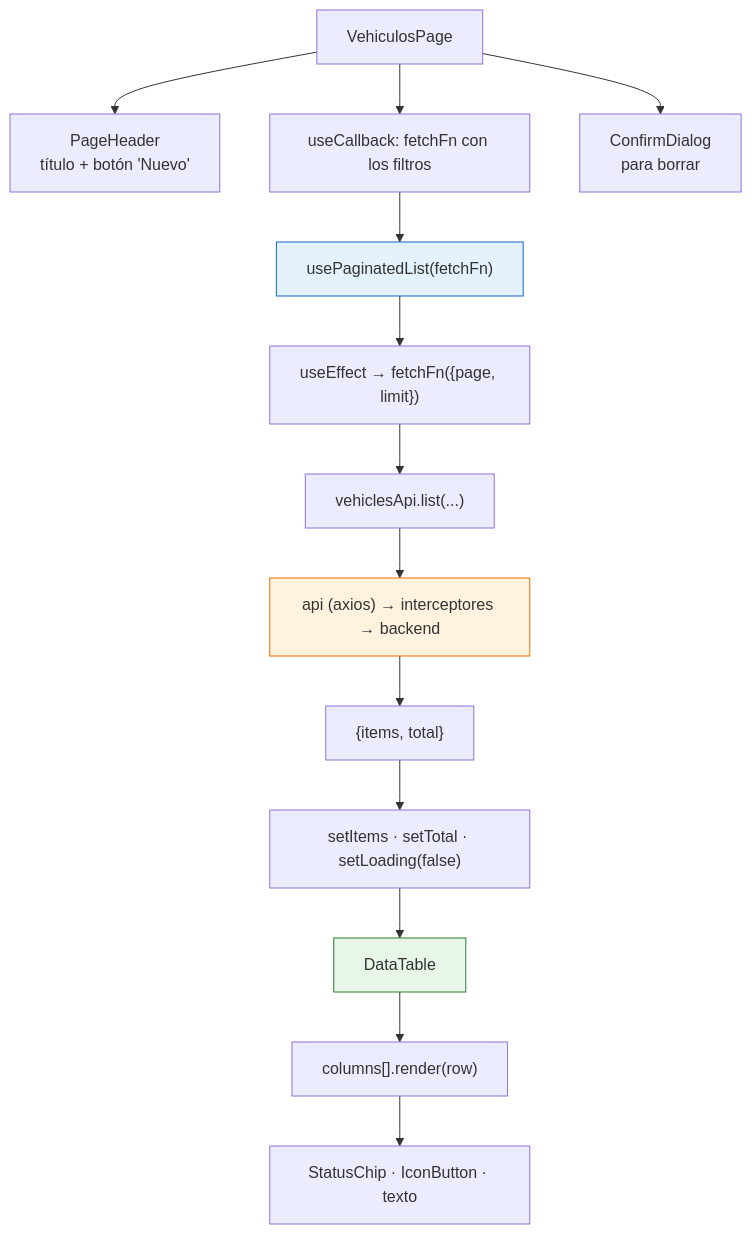
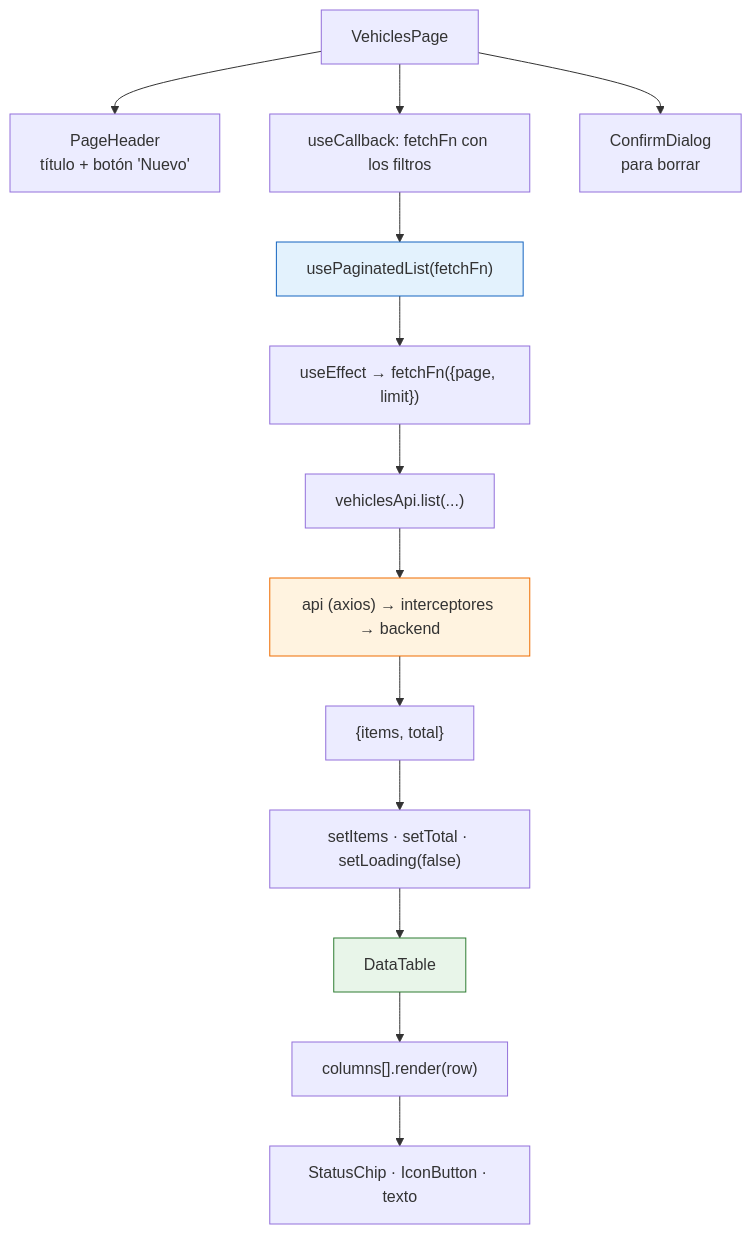
The second of 3 diagrams in docs/manual-tecnico/21-frontend-componentes.md (roman5983/Gesti-n-Log-stica-y-Flota-), drawn with Mermaid before and after one commit. The commit also changed other lines of this file and 55 other files, not shown here.

````diff
--- a/docs/manual-tecnico/21-frontend-componentes.md
+++ b/docs/manual-tecnico/21-frontend-componentes.md
@@ -913,19 +913,19 @@
 ```mermaid
 graph TB
-    A["VehiculosPage"] --> B["PageHeader<br/>título + botón 'Nuevo'"]
+    A["VehiclesPage"] --> B["PageHeader<br/>título + botón 'Nuevo'"]
     A --> C["useCallback: fetchFn con los filtros"]
     C --> D["usePaginatedList(fetchFn)"]
     D --> E["useEffect → fetchFn({page, limit})"]
     E --> F["vehiclesApi.list(...)"]
     F --> G["api (axios) → interceptores → backend"]
     G --> H["{items, total}"]
     H --> I["setItems · setTotal · setLoading(false)"]
     I --> J["DataTable<Vehicle>"]
     J --> K["columns[].render(row)"]
     K --> L["StatusChip · IconButton · texto"]
     A --> M["ConfirmDialog<br/>para borrar"]
 
     style D fill:#e3f2fd,stroke:#1565c0
     style J fill:#e8f5e9,stroke:#2e7d32
     style G fill:#fff3e0,stroke:#ef6c00
 ```
````
